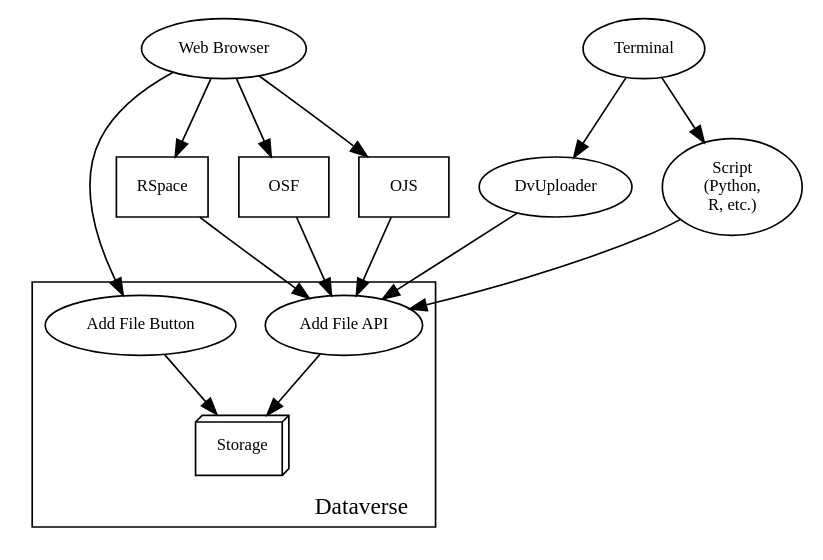
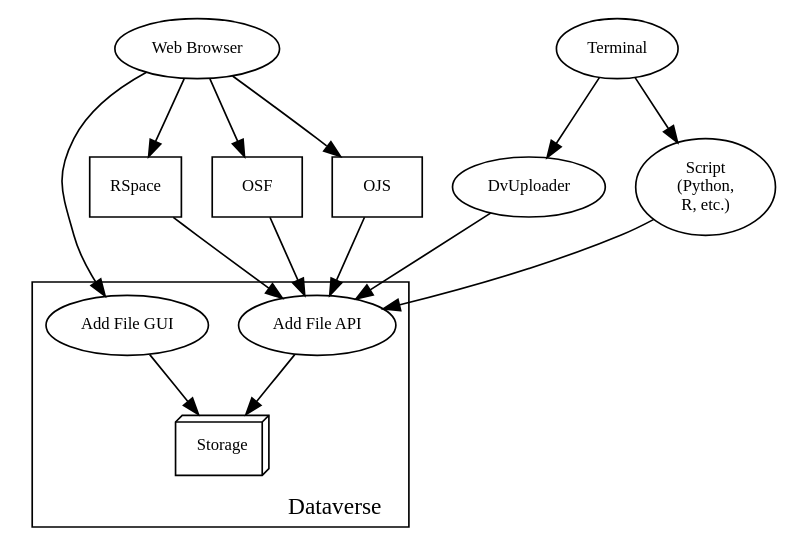
The diagram in doc/sphinx-guides/source/api/intro.rst (IQSS/dataverse), drawn with Graphviz before and after one commit. The commit also changed other lines of this file and 3 other files, not shown here.

```diff
--- a/doc/sphinx-guides/source/api/intro.rst
+++ b/doc/sphinx-guides/source/api/intro.rst
@@ -23,41 +23,41 @@
 .. graphviz::
 
   digraph {
     //rankdir="LR";
     node [fontsize=10]
   
       browser [label="Web Browser"]
       terminal [label="Terminal"]
   
       osf [label="OSF",shape=box]
       ojs [label="OJS",shape=box]
       rspace [label="RSpace",shape=box]
       uploader [label="DvUploader"]
       script [label="Script\n(Python,\nR, etc.)"]
   
-      addfilebutton [label="Add File Button"]
+      addfilebutton [label="Add File GUI"]
       addfileapi [label="Add File API"]
       storage [label="Storage",shape=box3d]
   
       terminal -> script
       terminal -> uploader
   
       browser -> ojs
       browser -> osf
       browser -> rspace
       browser -> addfilebutton
   
       uploader -> addfileapi
       ojs -> addfileapi
       osf -> addfileapi
       rspace -> addfileapi
       script -> addfileapi
   
       subgraph cluster_dataverse {
         label="Dataverse"
         labeljust="r"
         labelloc="b"
         addfilebutton -> storage
         addfileapi -> storage
       }
   }
```
